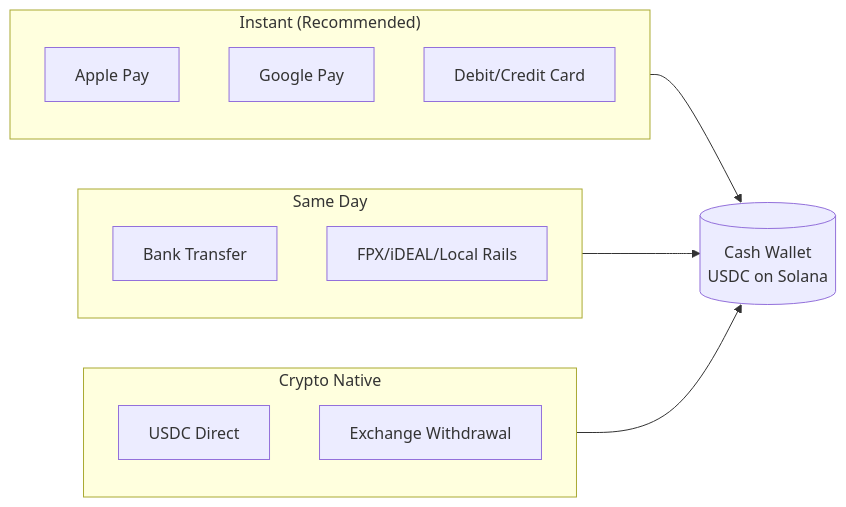
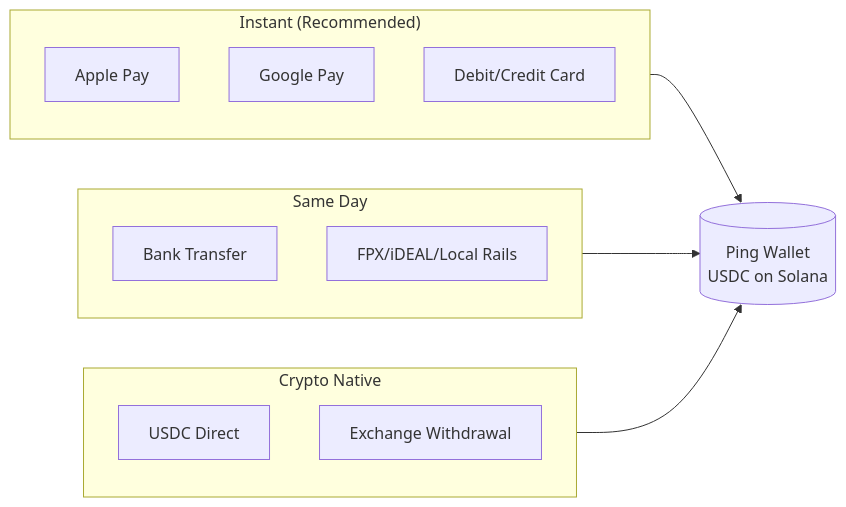
The first of 4 diagrams in docs/CASHFLOW.md (ping-cash/ping-cash), drawn with Mermaid before and after one commit. The commit also changed other lines of this file and 38 other files, not shown here.

First line of the commit message:
chore: rebrand Cash → Ping; migrate to ping-cash/ping-cash

````diff
--- a/docs/CASHFLOW.md
+++ b/docs/CASHFLOW.md
@@ -13,22 +13,22 @@
 ```mermaid
 flowchart LR
     subgraph Instant["Instant (Recommended)"]
         AP[Apple Pay]
         GP[Google Pay]
         Card[Debit/Credit Card]
     end
 
     subgraph SameDay["Same Day"]
         Bank[Bank Transfer]
         FPX[FPX/iDEAL/Local Rails]
     end
 
     subgraph Crypto["Crypto Native"]
         USDC[USDC Direct]
         CEX[Exchange Withdrawal]
     end
 
-    Instant --> Wallet[(Cash Wallet<br/>USDC on Solana)]
+    Instant --> Wallet[(Ping Wallet<br/>USDC on Solana)]
     SameDay --> Wallet
     Crypto --> Wallet
 ```
````
